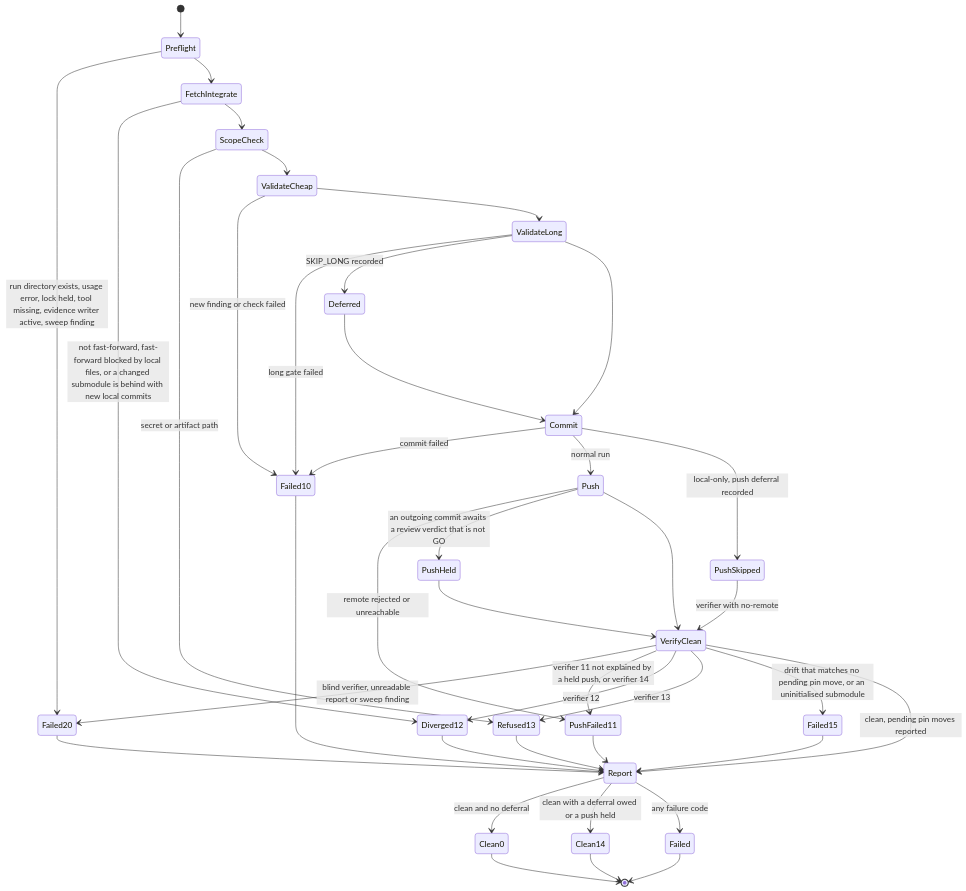
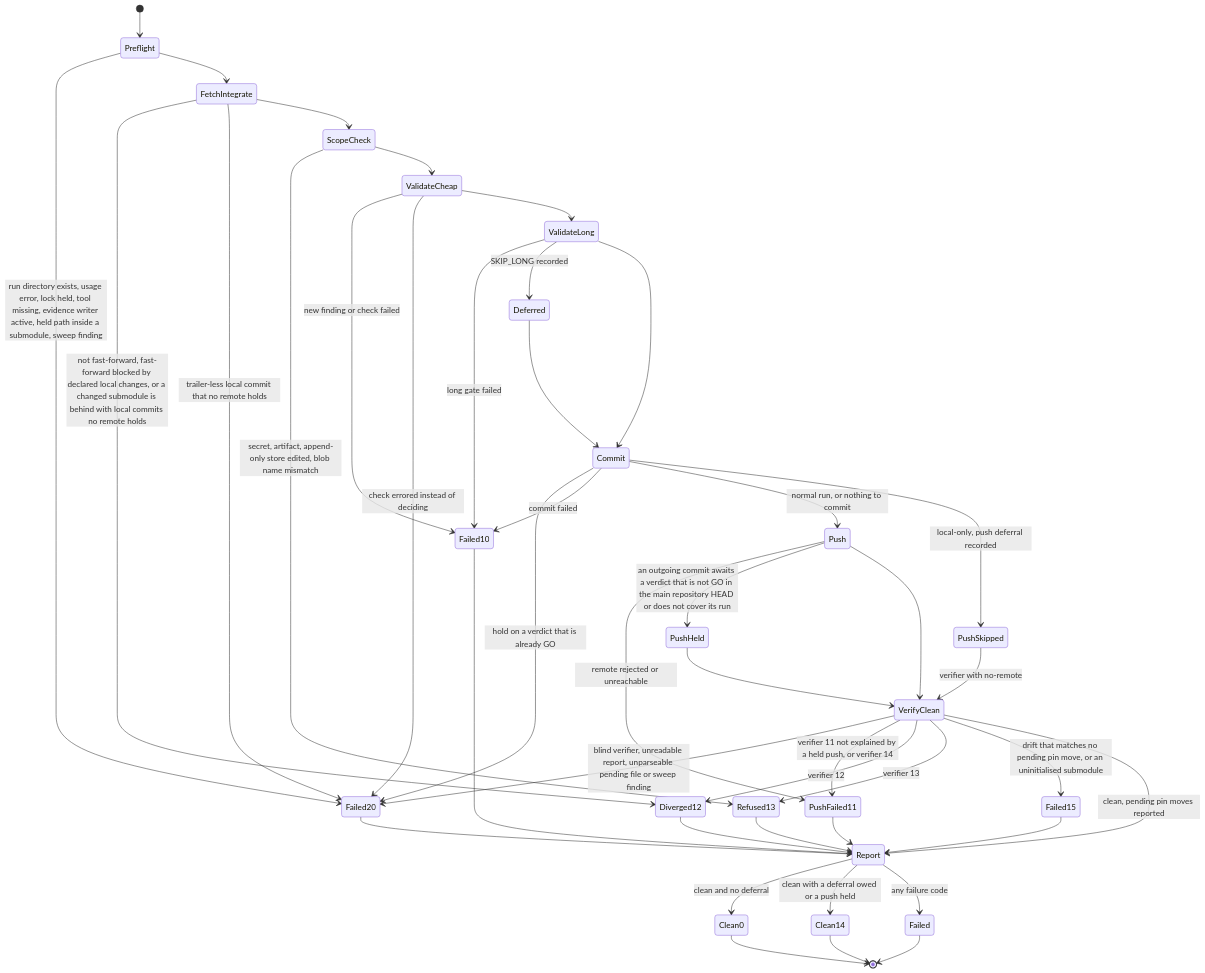
Before and after one commit to vasic-digital/catalogizer: the fourth of 4 diagrams in specs/001-full-project-audit-remediation/docs/16-containerized-infrastructure-and-local-enforcement-plan.md, drawn with Mermaid. The commit also changed other lines of this file and 20 other files, not shown here.

First line of the commit message:
docs(spec): fix wave 9 merged - held-commit verdicts resolved in main repo, ODG-41, register backup helper (609 tasks)

````diff
--- a/specs/001-full-project-audit-remediation/docs/16-containerized-infrastructure-and-local-enforcement-plan.md
+++ b/specs/001-full-project-audit-remediation/docs/16-containerized-infrastructure-and-local-enforcement-plan.md
@@ -728,42 +779,45 @@
 ```mermaid
 stateDiagram-v2
   [*] --> Preflight
-  Preflight --> Failed20: run directory exists, usage error, lock held, tool missing, evidence writer active, sweep finding
+  Preflight --> Failed20: run directory exists, usage error, lock held, tool missing, evidence writer active, held path inside a submodule, sweep finding
   Preflight --> FetchIntegrate
-  FetchIntegrate --> Diverged12: not fast-forward, fast-forward blocked by local files, or a changed submodule is behind with new local commits
+  FetchIntegrate --> Diverged12: not fast-forward, fast-forward blocked by declared local changes, or a changed submodule is behind with local commits no remote holds
+  FetchIntegrate --> Failed20: trailer-less local commit that no remote holds
   FetchIntegrate --> ScopeCheck
-  ScopeCheck --> Refused13: secret or artifact path
+  ScopeCheck --> Refused13: secret, artifact, append-only store edited, blob name mismatch
   ScopeCheck --> ValidateCheap
   ValidateCheap --> Failed10: new finding or check failed
+  ValidateCheap --> Failed20: check errored instead of deciding
   ValidateCheap --> ValidateLong
   ValidateLong --> Failed10: long gate failed
   ValidateLong --> Deferred: SKIP_LONG recorded
   ValidateLong --> Commit
   Deferred --> Commit
+  Commit --> Failed20: hold on a verdict that is already GO
   Commit --> Failed10: commit failed
-  Commit --> Push: normal run
+  Commit --> Push: normal run, or nothing to commit
   Commit --> PushSkipped: local-only, push deferral recorded
   Push --> PushFailed11: remote rejected or unreachable
-  Push --> PushHeld: an outgoing commit awaits a review verdict that is not GO
+  Push --> PushHeld: an outgoing commit awaits a verdict that is not GO in the main repository HEAD or does not cover its run
   Push --> VerifyClean
   PushHeld --> VerifyClean
   PushSkipped --> VerifyClean: verifier with no-remote
-  VerifyClean --> Failed20: blind verifier, unreadable report or sweep finding
+  VerifyClean --> Failed20: blind verifier, unreadable report, unparseable pending file or sweep finding
   VerifyClean --> PushFailed11: verifier 11 not explained by a held push, or verifier 14
   VerifyClean --> Diverged12: verifier 12
   VerifyClean --> Refused13: verifier 13
   VerifyClean --> Failed15: drift that matches no pending pin move, or an uninitialised submodule
   VerifyClean --> Report: clean, pending pin moves reported
   Failed10 --> Report
   PushFailed11 --> Report
   Diverged12 --> Report
   Refused13 --> Report
   Failed15 --> Report
   Failed20 --> Report
   Report --> Clean0: clean and no deferral
   Report --> Clean14: clean with a deferral owed or a push held
   Report --> Failed: any failure code
   Clean0 --> [*]
   Clean14 --> [*]
   Failed --> [*]
 ```
````
